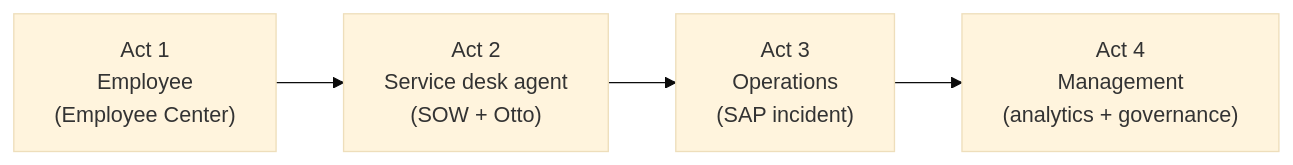
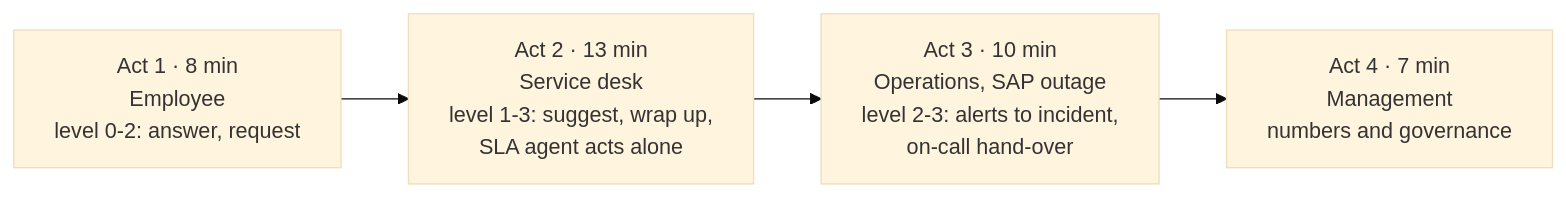
One commit to caabayfe/agenticsn changed the diagram in docs/reports/autonomous-it-everis2/08-demo-script.md. Above: the diagram before and after it, drawn with Mermaid (base theme). The commit also changed other lines of this file and 1 other file, not shown here.

First line of the commit message:
docs(ait-strategy): demo storyline on the autonomy ladder, live SLA-at-risk scene

````diff
--- a/docs/reports/autonomous-it-everis2/08-demo-script.md
+++ b/docs/reports/autonomous-it-everis2/08-demo-script.md
@@ -10,6 +19,6 @@
 ```mermaid
 flowchart LR
-  A["Act 1<br/>Employee<br/>(Employee Center)"] --> B["Act 2<br/>Service desk agent<br/>(SOW + Otto)"]
-  B --> C["Act 3<br/>Operations<br/>(SAP incident)"]
-  C --> D["Act 4<br/>Management<br/>(analytics + governance)"]
+  A["Act 1 · 8 min<br/>Employee<br/>level 0-2: answer, request"] --> B["Act 2 · 13 min<br/>Service desk<br/>level 1-3: suggest, wrap up,<br/>SLA agent acts alone"]
+  B --> C["Act 3 · 10 min<br/>Operations, SAP outage<br/>level 2-3: alerts to incident,<br/>on-call hand-over"]
+  C --> D["Act 4 · 7 min<br/>Management<br/>numbers and governance"]
 ```
````
